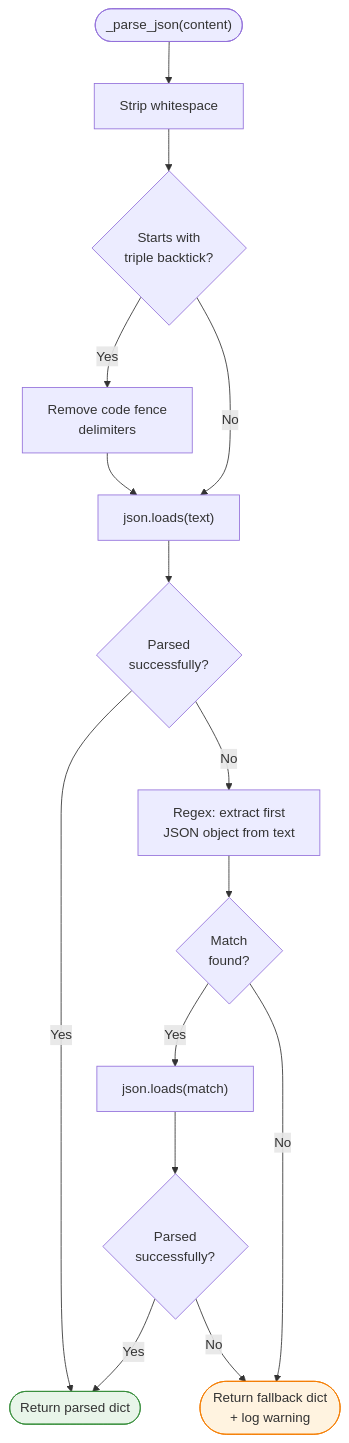
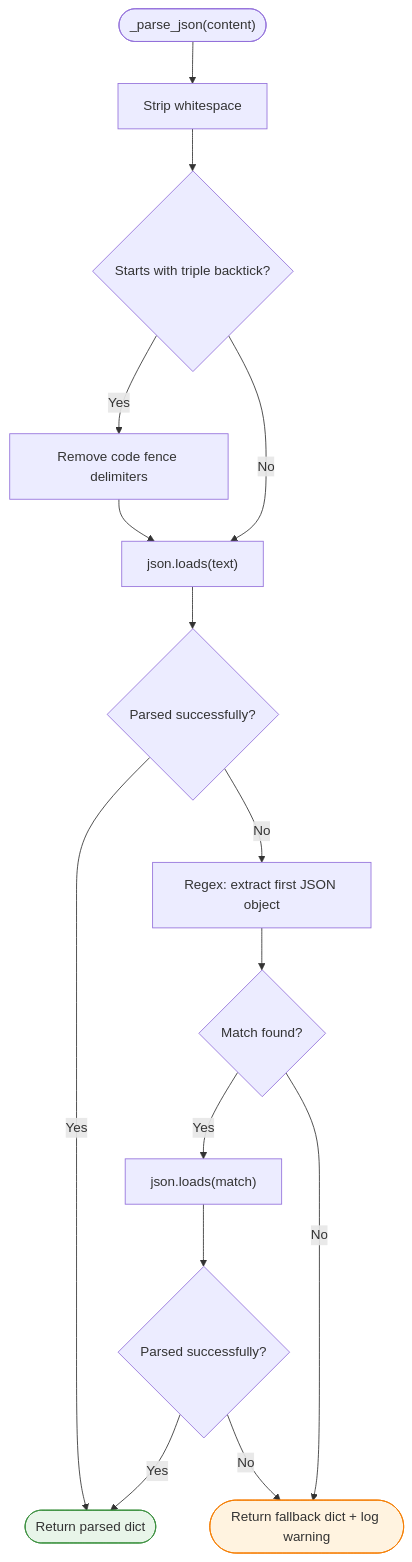
One commit to dimitarpg13/agentic_architectures_and_design_patterns changed diagram 13 of 14 in notebooks/research_paper_creation/docs/research_paper_agentic_workflow_diagrams.md. Above: the diagram before and after it, drawn with Mermaid. The commit also changed other lines of this file, not shown here.

Commit message:
fix mermaid rendering errors in markdown

````diff
--- a/notebooks/research_paper_creation/docs/research_paper_agentic_workflow_diagrams.md
+++ b/notebooks/research_paper_creation/docs/research_paper_agentic_workflow_diagrams.md
@@ -789,30 +758,30 @@
 ```mermaid
 flowchart TD
     START(["_parse_json(content)"])
     STRIP["Strip whitespace"]
-    FENCE{"Starts with<br/>triple backtick?"}
-    REMOVE["Remove code fence<br/>delimiters"]
+    FENCE{"Starts with triple backtick?"}
+    REMOVE["Remove code fence delimiters"]
     TRY1["json.loads(text)"]
-    OK1{"Parsed<br/>successfully?"}
-    REGEX["Regex: extract first<br/>JSON object from text"]
-    FOUND{"Match<br/>found?"}
+    OK1{"Parsed successfully?"}
+    REGEX["Regex: extract first JSON object"]
+    FOUND{"Match found?"}
     TRY2["json.loads(match)"]
-    OK2{"Parsed<br/>successfully?"}
+    OK2{"Parsed successfully?"}
     SUCCESS(["Return parsed dict"])
-    FALLBACK(["Return fallback dict<br/>+ log warning"])
+    FALLBACK(["Return fallback dict + log warning"])
 
     START --> STRIP --> FENCE
     FENCE -->|Yes| REMOVE --> TRY1
     FENCE -->|No| TRY1
     TRY1 --> OK1
     OK1 -->|Yes| SUCCESS
     OK1 -->|No| REGEX
     REGEX --> FOUND
     FOUND -->|Yes| TRY2 --> OK2
     FOUND -->|No| FALLBACK
     OK2 -->|Yes| SUCCESS
     OK2 -->|No| FALLBACK
 
     style SUCCESS fill:#e8f5e9,stroke:#388e3c
     style FALLBACK fill:#fff3e0,stroke:#f57c00
 ```
````
